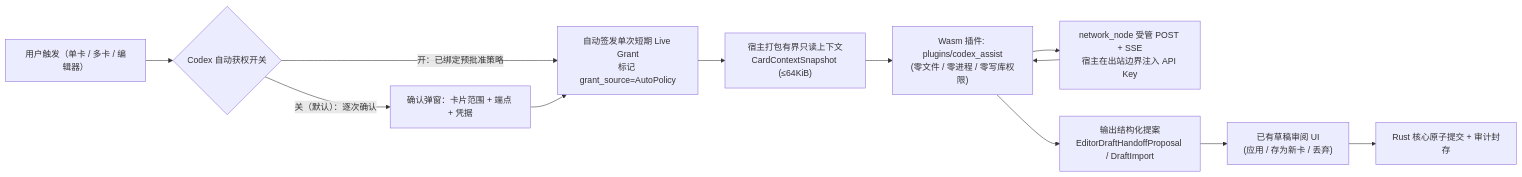
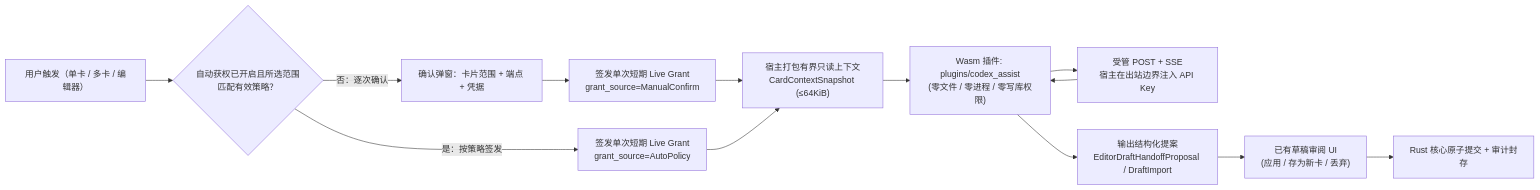
Before and after one commit to StarrySky7D4/morrow: the first of 2 diagrams in docs/CODEX_ROUTE1_AND_AUTO_GRANT_PROPOSAL.md, drawn with Mermaid. The commit also changed other lines of this file, not shown here.

Commit message:
docs: keep the Codex proposal within current authorization and replay rules [skip ci]

````diff
--- a/docs/CODEX_ROUTE1_AND_AUTO_GRANT_PROPOSAL.md
+++ b/docs/CODEX_ROUTE1_AND_AUTO_GRANT_PROPOSAL.md
@@ -24,14 +26,15 @@
 ```mermaid
 flowchart LR
-    U["用户触发（单卡 / 多卡 / 编辑器）"] --> G{"Codex 自动获权开关"}
-    G -- "关（默认）：逐次确认" --> M["确认弹窗：卡片范围 + 端点 + 凭据"]
-    G -- "开：已绑定预批准策略" --> A["自动签发单次短期 Live Grant\n标记 grant_source=AutoPolicy"]
-    M --> A
+    U["用户触发（单卡 / 多卡 / 编辑器）"] --> G{"自动获权已开启且所选范围匹配有效策略？"}
+    G -- "否：逐次确认" --> M["确认弹窗：卡片范围 + 端点 + 凭据"]
+    G -- "是：按策略签发" --> A["签发单次短期 Live Grant<br/>grant_source=AutoPolicy"]
+    M --> B["签发单次短期 Live Grant<br/>grant_source=ManualConfirm"]
+    B --> C
     A --> C["宿主打包有界只读上下文\nCardContextSnapshot (≤64KiB)"]
     C --> W["Wasm 插件: plugins/codex_assist\n(零文件 / 零进程 / 零写库权限)"]
-    W --> N["network_node 受管 POST + SSE\n宿主在出站边界注入 API Key"]
+    W --> N["受管 POST + SSE<br/>宿主在出站边界注入 API Key"]
     N --> W
     W --> P["输出结构化提案\nEditorDraftHandoffProposal / DraftImport"]
     P --> R["已有草稿审阅 UI\n(应用 / 存为新卡 / 丢弃)"]
     R --> K["Rust 核心原子提交 + 审计封存"]
 ```
````
